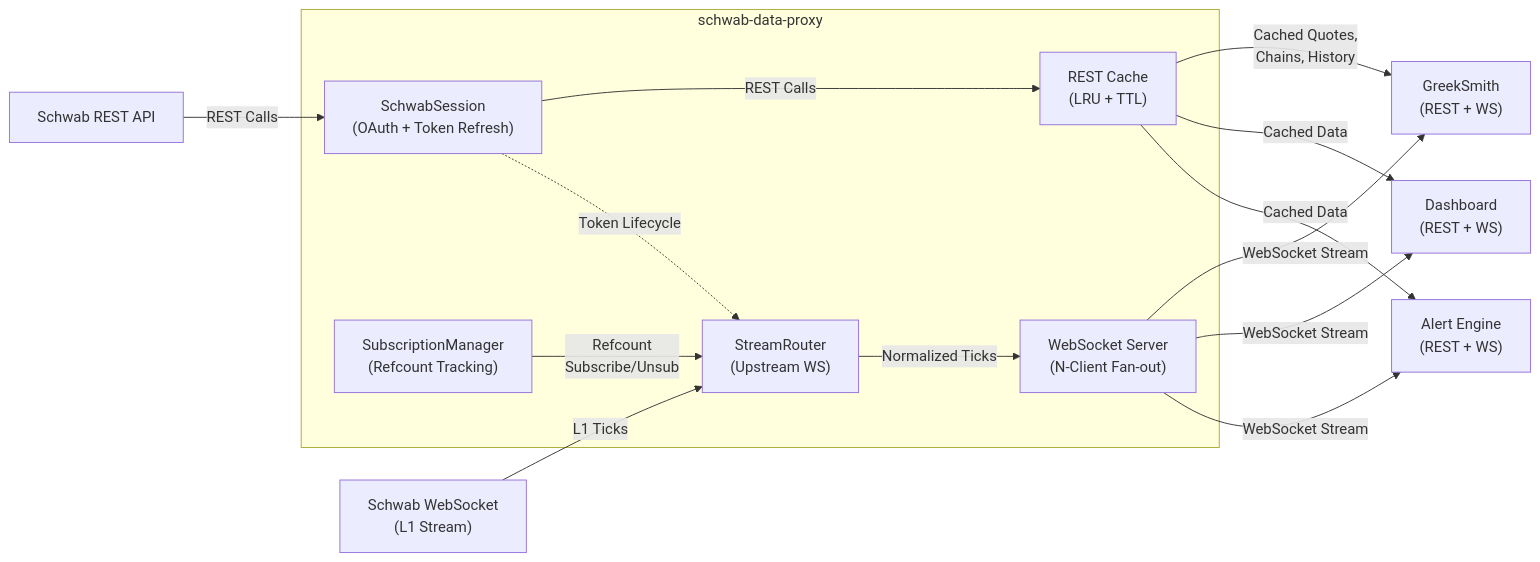
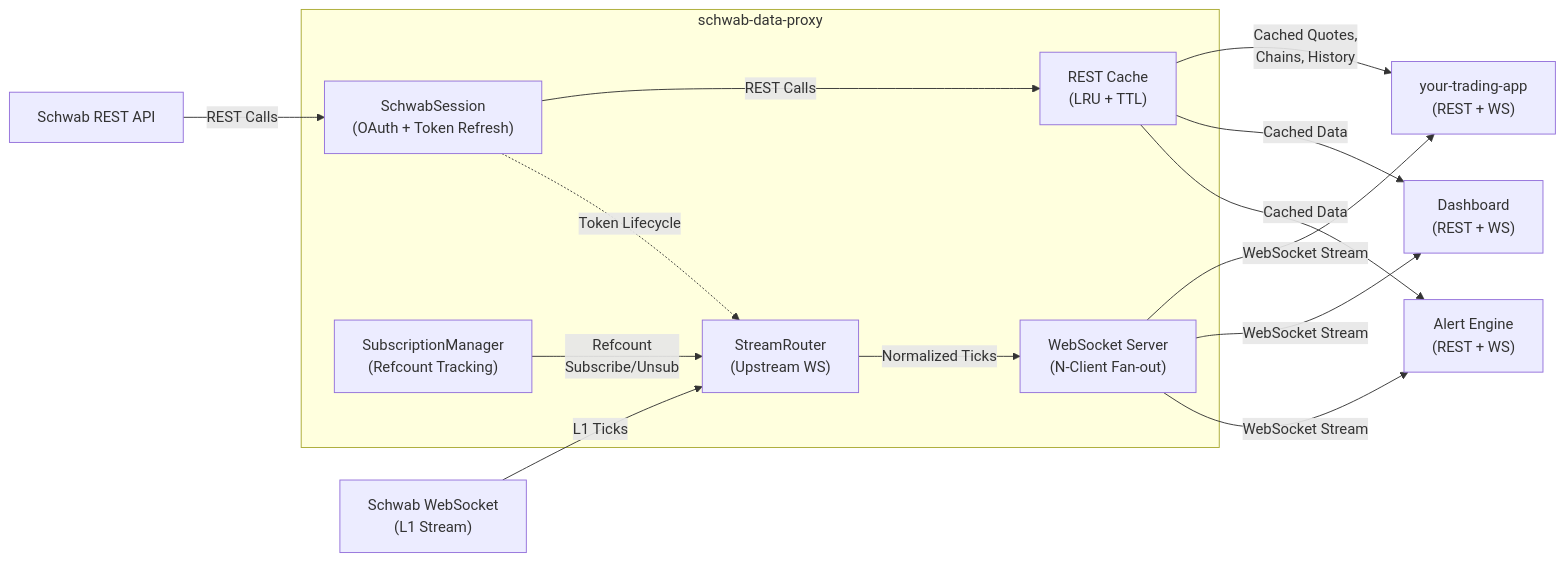
Before and after one commit to 10Legs/schwab-data-proxy: the first of 7 diagrams in README.md, drawn with Mermaid. The commit also changed other lines of this file, not shown here.

First line of the commit message:
docs: remove project-specific references; fix chains strike_range param

````diff
--- a/README.md
+++ b/README.md
@@ -35,32 +35,32 @@
 ```mermaid
 graph LR
     SchwabRest["Schwab REST API"]
     SchwabWS["Schwab WebSocket<br/>(L1 Stream)"]
     
     subgraph Proxy["schwab-data-proxy"]
         Session["SchwabSession<br/>(OAuth + Token Refresh)"]
         SubscriptionMgr["SubscriptionManager<br/>(Refcount Tracking)"]
         StreamRouter["StreamRouter<br/>(Upstream WS)"]
         Cache["REST Cache<br/>(LRU + TTL)"]
         WSServer["WebSocket Server<br/>(N-Client Fan-out)"]
     end
     
-    GreekSmith["GreekSmith<br/>(REST + WS)"]
+    YourApp["your-trading-app<br/>(REST + WS)"]
     Dashboard["Dashboard<br/>(REST + WS)"]
     AlertEngine["Alert Engine<br/>(REST + WS)"]
     
     SchwabRest -->|REST Calls| Session
     Session -->|REST Calls| Cache
-    Cache -->|Cached Quotes,<br/>Chains, History| GreekSmith
+    Cache -->|Cached Quotes,<br/>Chains, History| YourApp
     Cache -->|Cached Data| Dashboard
     Cache -->|Cached Data| AlertEngine
     
     SchwabWS -->|L1 Ticks| StreamRouter
     StreamRouter -->|Normalized Ticks| WSServer
-    WSServer -->|WebSocket Stream| GreekSmith
+    WSServer -->|WebSocket Stream| YourApp
     WSServer -->|WebSocket Stream| Dashboard
     WSServer -->|WebSocket Stream| AlertEngine
     
     SubscriptionMgr -->|Refcount<br/>Subscribe/Unsub| StreamRouter
     Session -.->|Token Lifecycle| StreamRouter
 ```
````
